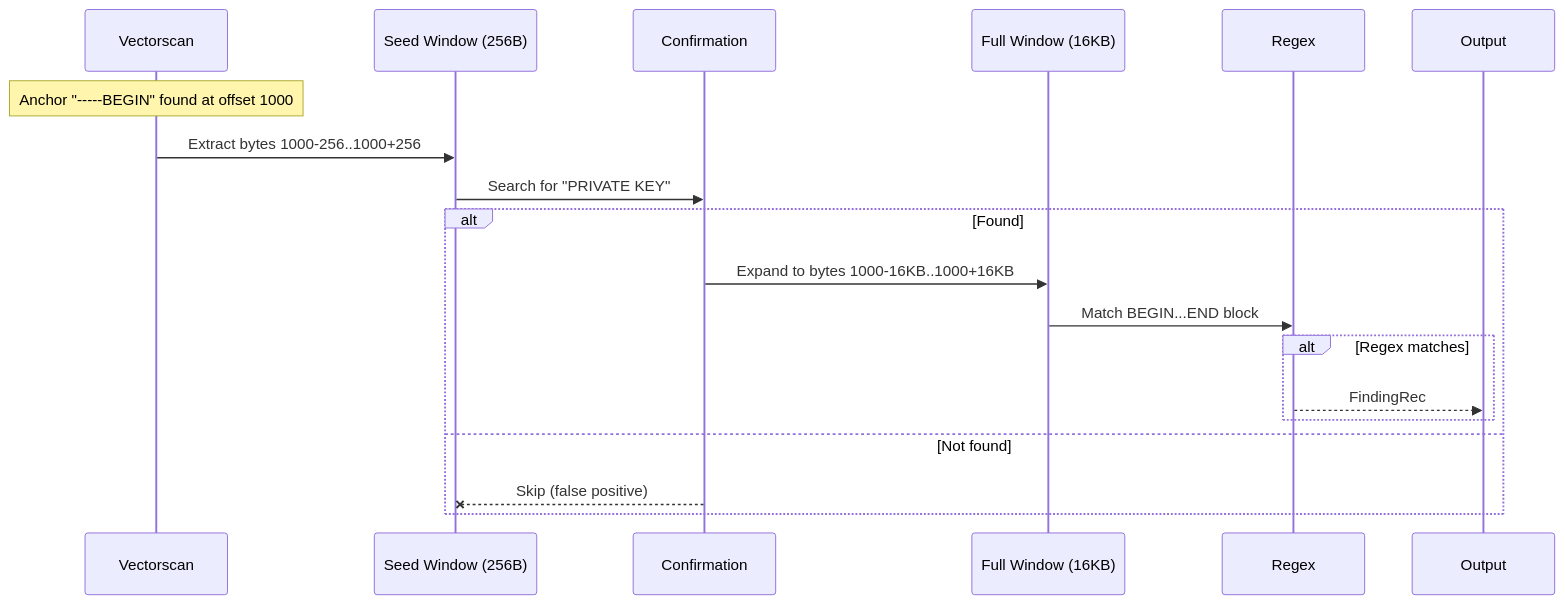
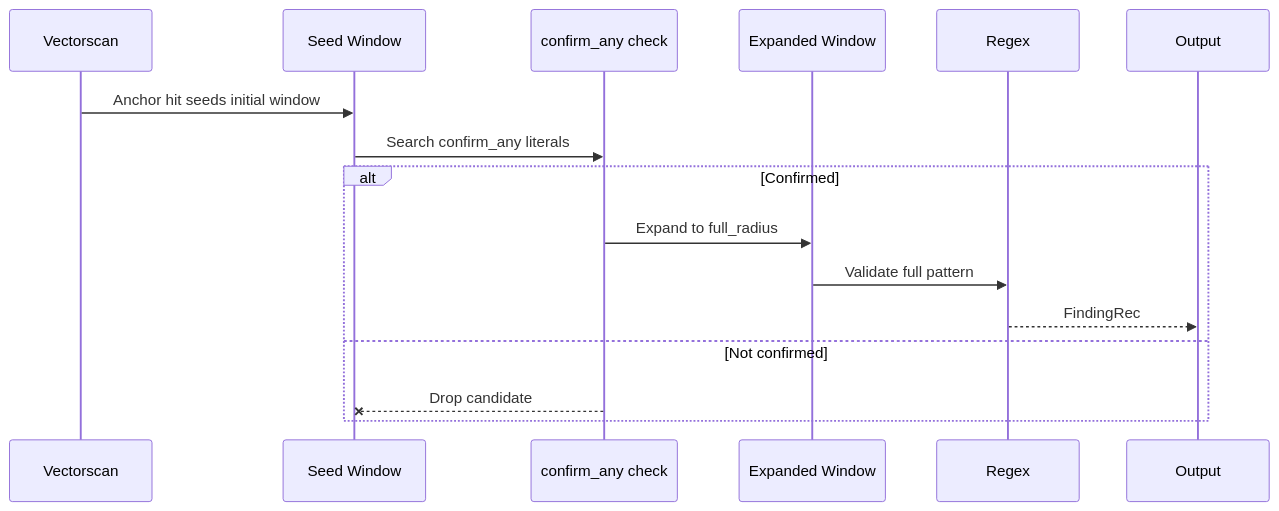
One commit to ahrav/scratch-scanner-rs changed the third of 4 diagrams in docs/detection-rules.md. Above: the diagram before and after it, drawn with Mermaid. The commit also changed other lines of this file and 9 other files, not shown here.

````diff
--- a/docs/detection-rules.md
+++ b/docs/detection-rules.md
@@ -122,22 +158,18 @@
 ```mermaid
 sequenceDiagram
     participant VS as Vectorscan
-    participant Seed as Seed Window (256B)
-    participant Confirm as Confirmation
-    participant Full as Full Window (16KB)
+    participant Seed as Seed Window
+    participant Confirm as confirm_any check
+    participant Full as Expanded Window
     participant Regex as Regex
 
-    Note over VS: Anchor "-----BEGIN" found at offset 1000
-    VS->>Seed: Extract bytes 1000-256..1000+256
-
-    Seed->>Confirm: Search for "PRIVATE KEY"
-    alt Found
-        Confirm->>Full: Expand to bytes 1000-16KB..1000+16KB
-        Full->>Regex: Match BEGIN...END block
-        alt Regex matches
-            Regex-->>Output: FindingRec
-        end
-    else Not found
-        Confirm--xSeed: Skip (false positive)
+    VS->>Seed: Anchor hit seeds initial window
+    Seed->>Confirm: Search confirm_any literals
+    alt Confirmed
+        Confirm->>Full: Expand to full_radius
+        Full->>Regex: Validate full pattern
+        Regex-->>Output: FindingRec
+    else Not confirmed
+        Confirm--xSeed: Drop candidate
     end
 ```
````
